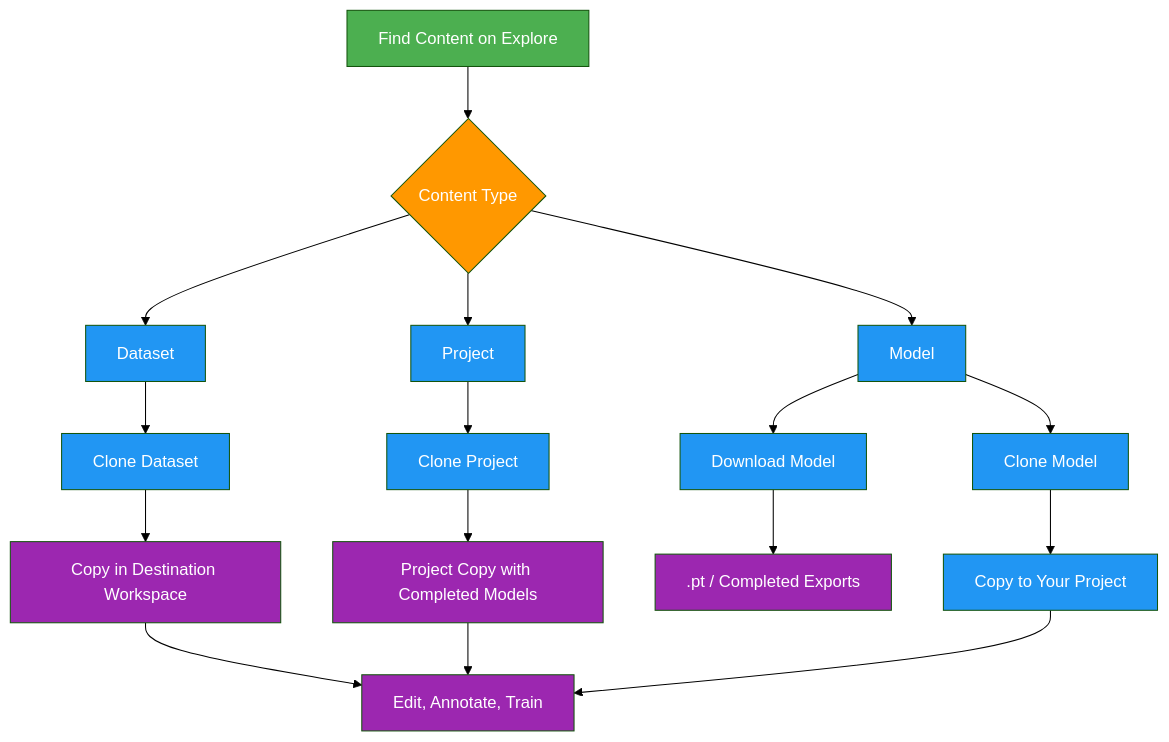
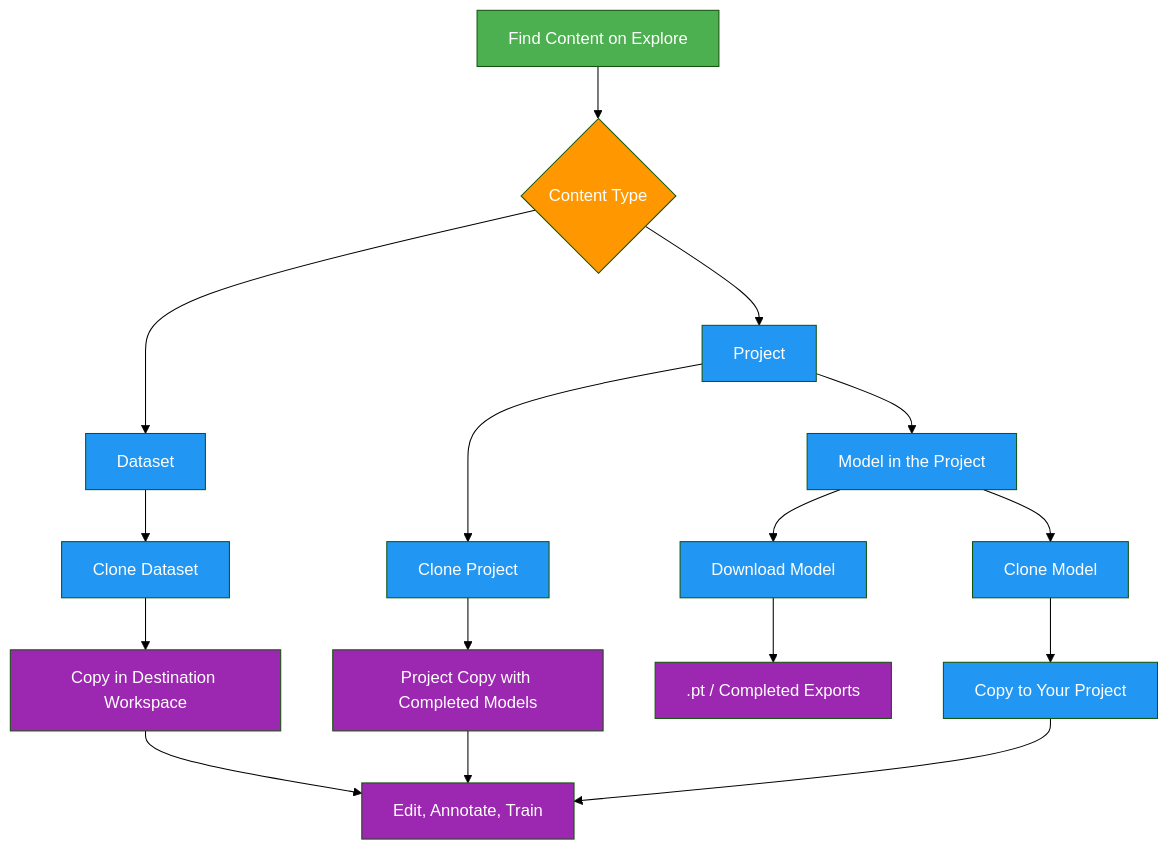
Before and after one commit to Rehman-AD/cv-yolov8-core: the second of 3 diagrams in docs/en/platform/explore.md, drawn with Mermaid (forest theme). The commit also changed other lines of this file and 6 other files, not shown here.

Commit message:
Align Platform workflow diagrams with the product (#25840)

````diff
--- a/docs/en/platform/explore.md
+++ b/docs/en/platform/explore.md
@@ -141,23 +141,23 @@
 ```mermaid
 graph TD
     A[Find Content on Explore]:::start --> B{Content Type}:::decide
     B --> C[Dataset]:::proc
     B --> D[Project]:::proc
-    B --> E[Model]:::proc
+    D --> E[Model in the Project]:::proc
     C --> F[Clone Dataset]:::proc
     D --> G[Clone Project]:::proc
     E --> H[Download Model]:::proc
     E --> I[Clone Model]:::proc
     F --> J[Copy in Destination Workspace]:::out
     G --> K[Project Copy with Completed Models]:::out
     H --> L[.pt / Completed Exports]:::out
     I --> M[Copy to Your Project]:::proc
     J --> N[Edit, Annotate, Train]:::out
     K --> N
     M --> N
 
     classDef start fill:#4CAF50,color:#fff
     classDef proc fill:#2196F3,color:#fff
     classDef decide fill:#FF9800,color:#fff
     classDef out fill:#9C27B0,color:#fff
 ```
````
